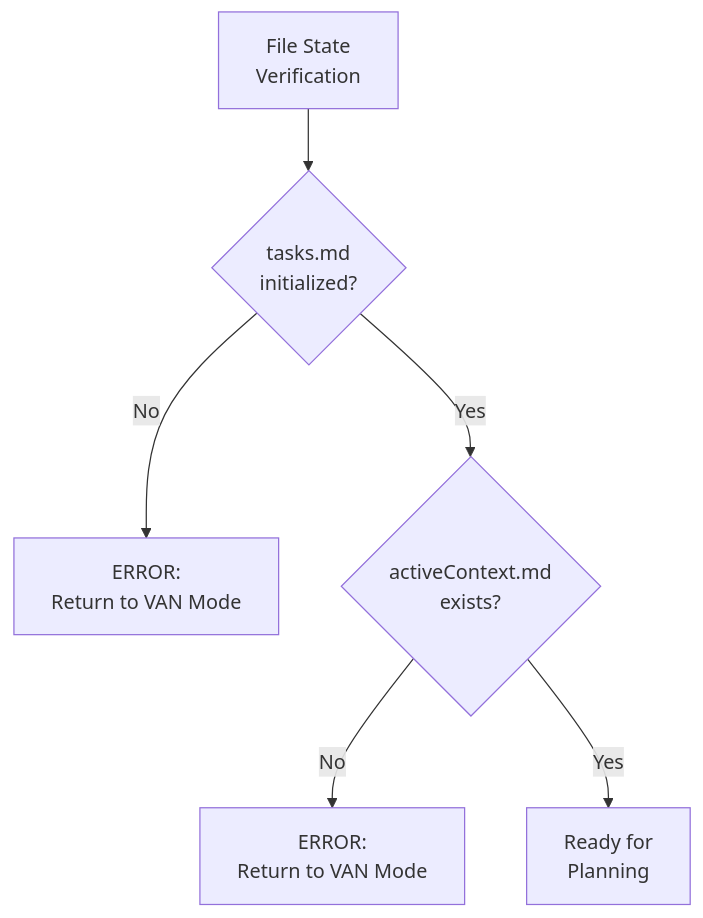
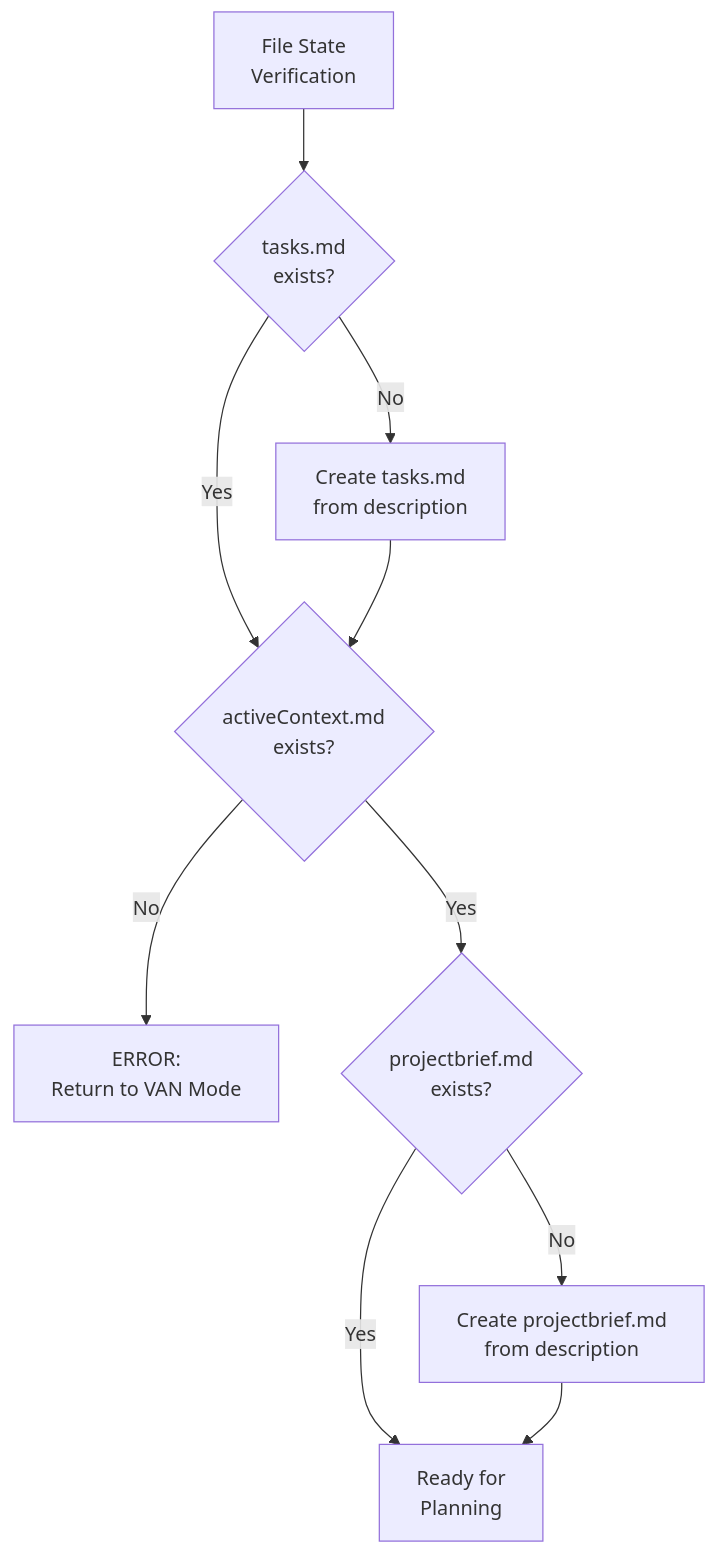
Before and after one commit to DennisGrammes/arc42-memory-bank: the fourth of 5 diagrams in .github/instructions/rules/isolation_rules/visual-maps/plan-mode-map.md, drawn with Mermaid. The commit also changed 7 other files, not shown here.

````diff
--- a/.github/instructions/rules/isolation_rules/visual-maps/plan-mode-map.md
+++ b/.github/instructions/rules/isolation_rules/visual-maps/plan-mode-map.md
@@ -142,10 +142,16 @@
 ```mermaid
 graph TD
-    Start["File State<br>Verification"] --> CheckTasks{"tasks.md<br>initialized?"}
-    
-    CheckTasks -->|"No"| ErrorTasks["ERROR:<br>Return to VAN Mode"]
+    Start["File State<br>Verification"] --> CheckTasks{"tasks.md<br>exists?"}
+
+    CheckTasks -->|"No"| InitTasks["Create tasks.md<br>from description"]
     CheckTasks -->|"Yes"| CheckActive{"activeContext.md<br>exists?"}
+
+    InitTasks --> CheckActive
     
     CheckActive -->|"No"| ErrorActive["ERROR:<br>Return to VAN Mode"]
-    CheckActive -->|"Yes"| ReadyPlan["Ready for<br>Planning"]
+    CheckActive -->|"Yes"| CheckBrief{"projectbrief.md<br>exists?"}
+
+    CheckBrief -->|"No"| InitBrief["Create projectbrief.md<br>from description"]
+    CheckBrief -->|"Yes"| ReadyPlan["Ready for<br>Planning"]
+    InitBrief --> ReadyPlan
 ```
````
